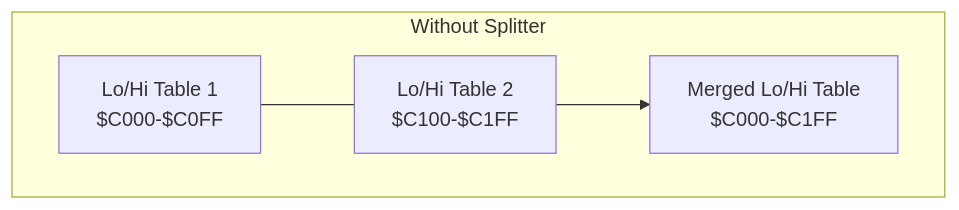
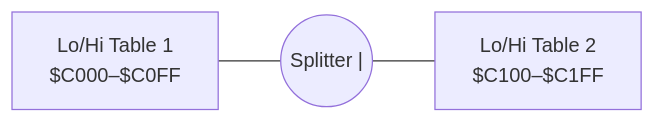
Before and after one commit to ricardoquesada/regenerator2000: the second of 2 diagrams in docs/blocks.md, drawn with Mermaid. The commit also changed other lines of this file and 28 other files, not shown here.

````diff
--- a/docs/blocks.md
+++ b/docs/blocks.md
@@ -715,6 +443,6 @@
 ```mermaid
-graph TD
-    subgraph Without Splitter
-    A1[Lo/Hi Table 1 <br/> $C000-$C0FF] --- B1[Lo/Hi Table 2 <br/> $C100-$C1FF] --> C1[Merged Lo/Hi Table <br/> $C000-$C1FF]
-    end
+graph LR
+    A["`Lo/Hi Table 1
+    $C000–$C0FF`"] --- S(("Splitter |")) --- B["`Lo/Hi Table 2
+    $C100–$C1FF`"]
 ```
````
